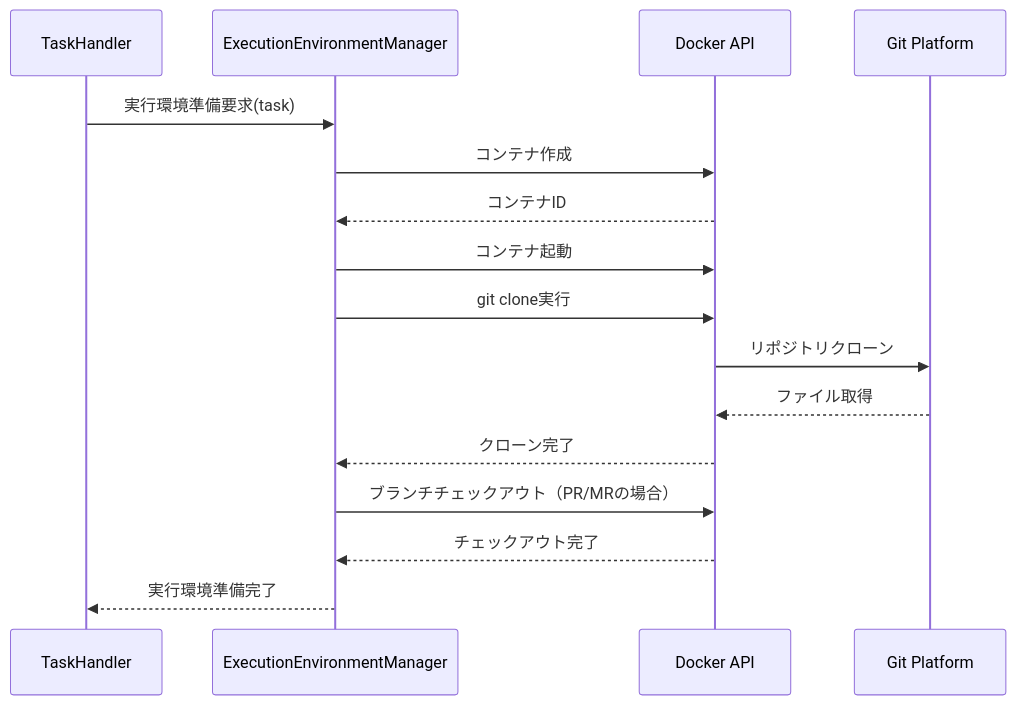
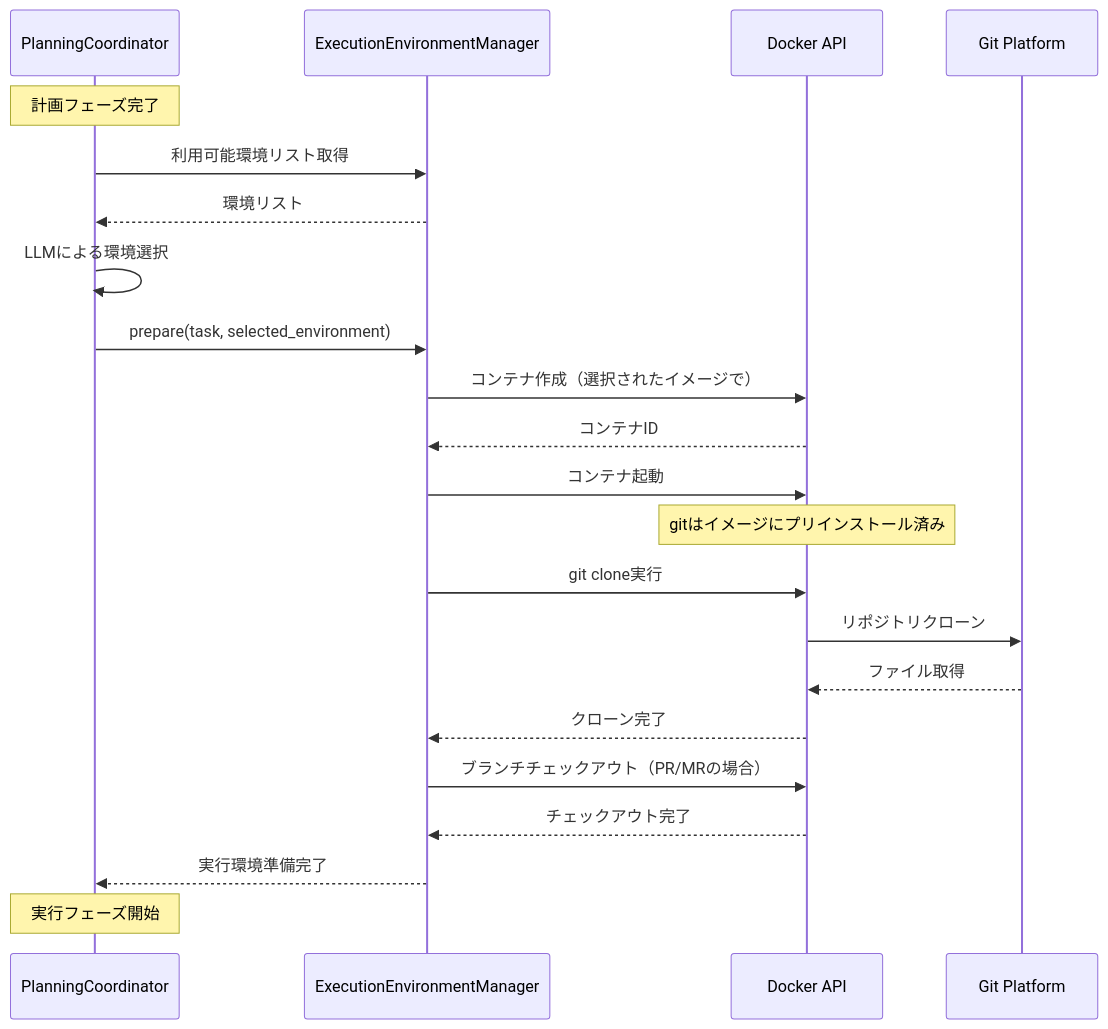
One commit to notfolder/coding_agent changed the third of 8 diagrams in docs/spec/COMMAND_EXECUTOR_MCP_SPECIFICATION.md. Above: the diagram before and after it, drawn with Mermaid. The commit also changed other lines of this file and 1 other file, not shown here.

First line of the commit message:
Add multi-language Docker execution environment with planning-phase selection (#109)

````diff
--- a/docs/spec/COMMAND_EXECUTOR_MCP_SPECIFICATION.md
+++ b/docs/spec/COMMAND_EXECUTOR_MCP_SPECIFICATION.md
@@ -175,19 +207,25 @@
 ```mermaid
 sequenceDiagram
-    participant TH as TaskHandler
+    participant PC as PlanningCoordinator
     participant EM as ExecutionEnvironmentManager
     participant Docker as Docker API
     participant Git as Git Platform
 
-    TH->>EM: 実行環境準備要求(task)
-    EM->>Docker: コンテナ作成
+    Note over PC: 計画フェーズ完了
+    PC->>EM: 利用可能環境リスト取得
+    EM-->>PC: 環境リスト
+    PC->>PC: LLMによる環境選択
+    PC->>EM: prepare(task, selected_environment)
+    EM->>Docker: コンテナ作成（選択されたイメージで）
     Docker-->>EM: コンテナID
     EM->>Docker: コンテナ起動
+    Note over Docker: gitはイメージにプリインストール済み
     EM->>Docker: git clone実行
     Docker->>Git: リポジトリクローン
     Git-->>Docker: ファイル取得
     Docker-->>EM: クローン完了
     EM->>Docker: ブランチチェックアウト（PR/MRの場合）
     Docker-->>EM: チェックアウト完了
-    EM-->>TH: 実行環境準備完了
+    EM-->>PC: 実行環境準備完了
+    Note over PC: 実行フェーズ開始
 ```
````
